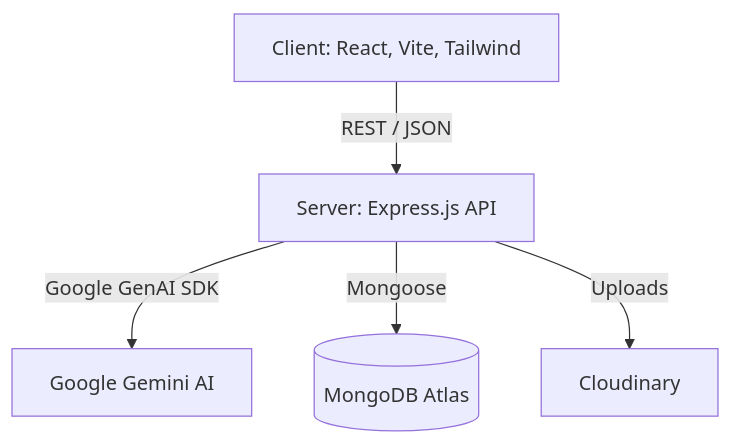
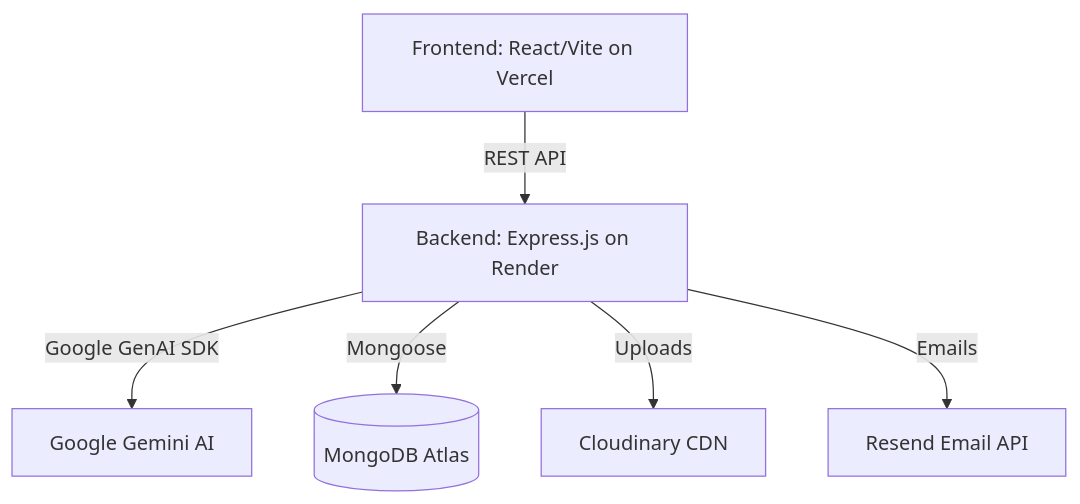
Before and after one commit to Rajksri02/bookgenie-ai: the diagram in README.md, drawn with Mermaid. The commit also changed other lines of this file, not shown here.

````diff
--- a/README.md
+++ b/README.md
@@ -34,7 +38,8 @@
 ```mermaid
 graph TD
-    Client[Client: React, Vite, Tailwind] -->|REST / JSON| API[Server: Express.js API]
+    Client[Frontend: React/Vite on Vercel] -->|REST API| API[Backend: Express.js on Render]
     API -->|Google GenAI SDK| Gemini[Google Gemini AI]
     API -->|Mongoose| MongoDB[(MongoDB Atlas)]
-    API -->|Uploads| Cloudinary[Cloudinary]
+    API -->|Uploads| Cloudinary[Cloudinary CDN]
+    API -->|Emails| Resend[Resend Email API]
 ```
````
